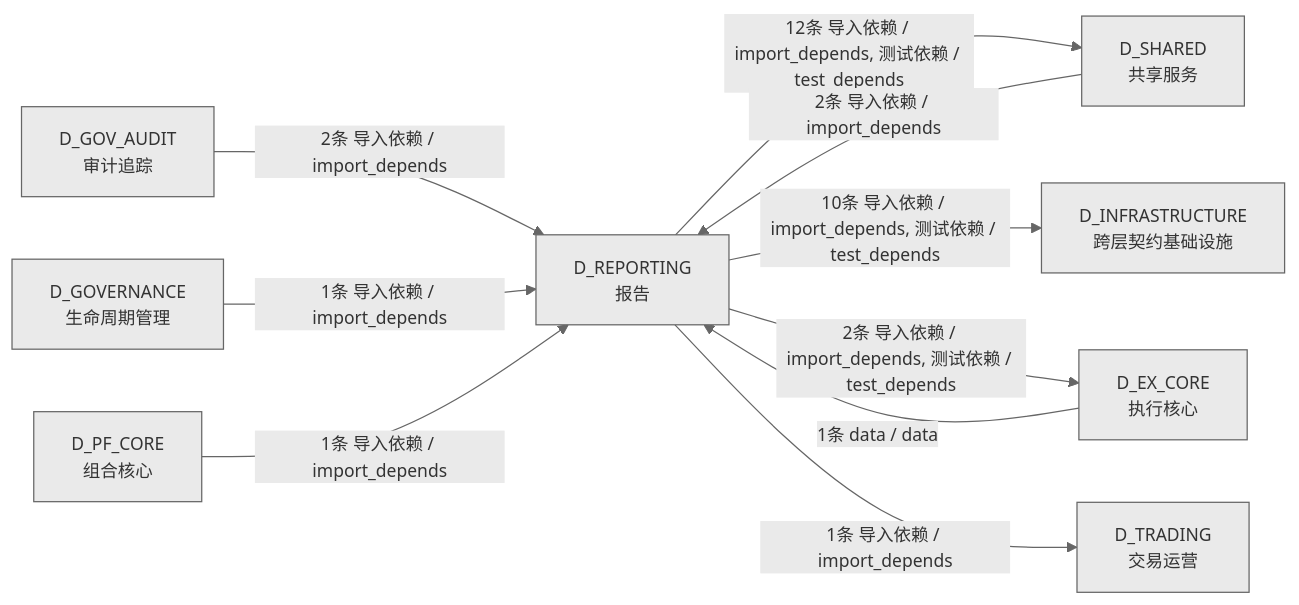
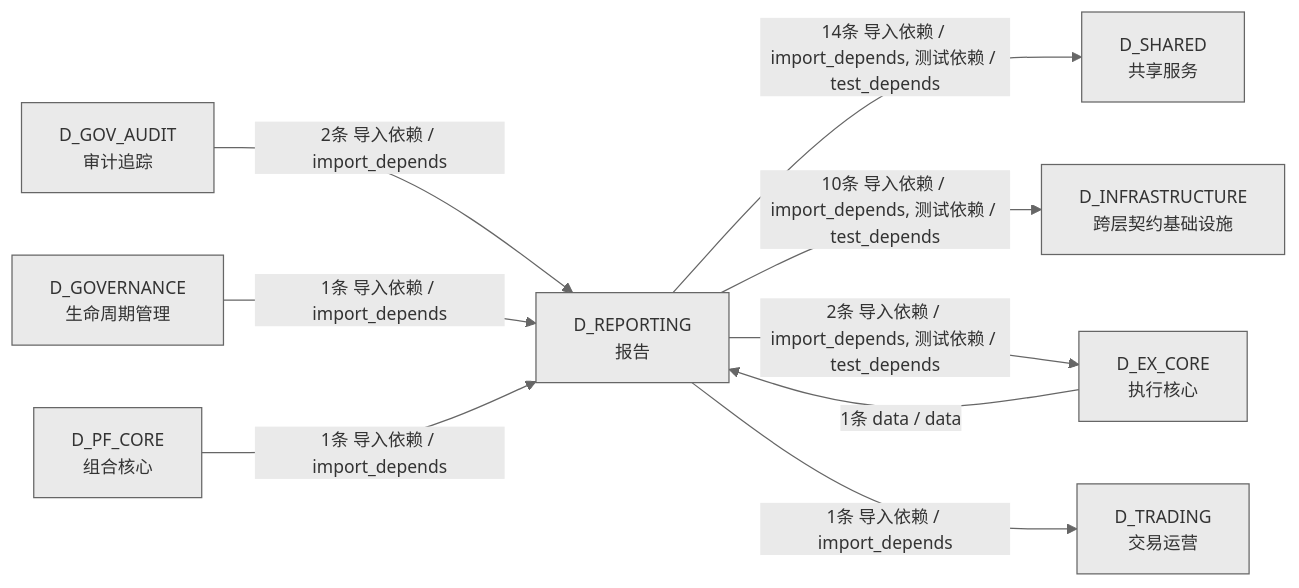
Before and after one commit to xuanFelixVan/ZephyrAlpha: the fourth of 4 diagrams in docs/02_enterprise_architecture/02_domain_architecture_docs/26_d_reporting.md, drawn with Mermaid. The commit also changed other lines of this file and 46 other files, not shown here.

````diff
--- a/docs/02_enterprise_architecture/02_domain_architecture_docs/26_d_reporting.md
+++ b/docs/02_enterprise_architecture/02_domain_architecture_docs/26_d_reporting.md
@@ -249,21 +256,20 @@
 ```mermaid
 %%{init: {'theme': 'base', 'themeVariables': {'primaryColor': '#eaeaea', 'primaryTextColor': '#333333', 'primaryBorderColor': '#666666', 'lineColor': '#666666', 'secondaryColor': '#eaeaea', 'tertiaryColor': '#eaeaea', 'fontSize': '14px'}}}%%
 graph LR
     D_REPORTING["D_REPORTING<br/>报告"]
     D_SHARED["D_SHARED<br/>共享服务"]
     D_INFRASTRUCTURE["D_INFRASTRUCTURE<br/>跨层契约基础设施"]
     D_EX_CORE["D_EX_CORE<br/>执行核心"]
     D_TRADING["D_TRADING<br/>交易运营"]
     D_GOV_AUDIT["D_GOV_AUDIT<br/>审计追踪"]
     D_GOVERNANCE["D_GOVERNANCE<br/>生命周期管理"]
     D_PF_CORE["D_PF_CORE<br/>组合核心"]
-    D_REPORTING -->|12条 导入依赖 / import_depends, 测试依赖 / test_depends| D_SHARED
+    D_REPORTING -->|14条 导入依赖 / import_depends, 测试依赖 / test_depends| D_SHARED
     D_REPORTING -->|10条 导入依赖 / import_depends, 测试依赖 / test_depends| D_INFRASTRUCTURE
     D_REPORTING -->|2条 导入依赖 / import_depends, 测试依赖 / test_depends| D_EX_CORE
     D_REPORTING -->|1条 导入依赖 / import_depends| D_TRADING
     D_GOV_AUDIT -->|2条 导入依赖 / import_depends| D_REPORTING
-    D_SHARED -->|2条 导入依赖 / import_depends| D_REPORTING
     D_EX_CORE -->|1条 data / data| D_REPORTING
     D_GOVERNANCE -->|1条 导入依赖 / import_depends| D_REPORTING
     D_PF_CORE -->|1条 导入依赖 / import_depends| D_REPORTING
 ```
````
